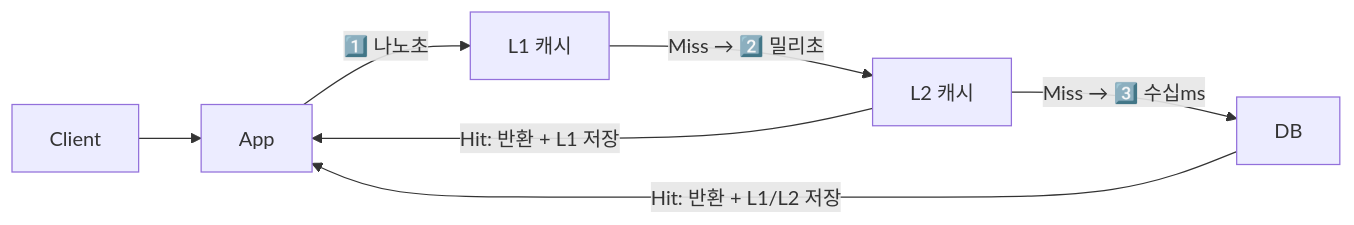
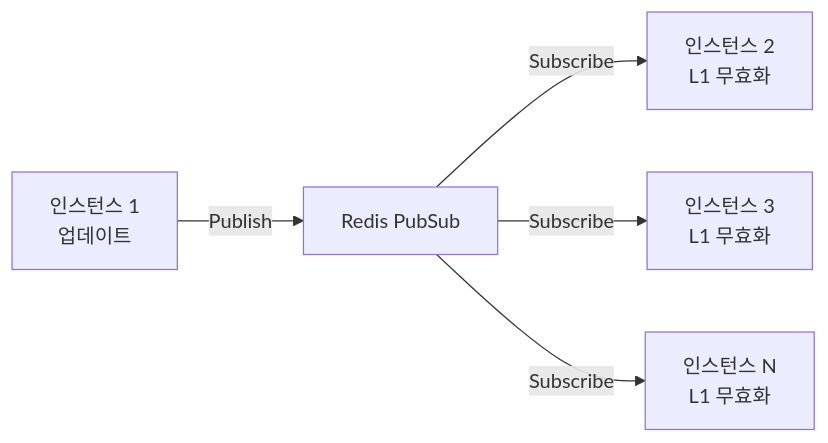
Before and after one commit to yjkim2015/yjkim2015.github.io: the sixth of 6 diagrams in _posts/caching/2026-05-01-caching-strategy.md, drawn with Mermaid. The commit also changed other lines of this file and 5 other files, not shown here.

````diff
--- a/_posts/caching/2026-05-01-caching-strategy.md
+++ b/_posts/caching/2026-05-01-caching-strategy.md
@@ -544,9 +1200,7 @@
 ```mermaid
 graph LR
-    Client --> App
-    App -->|"1️⃣ 나노초"| L1["L1 캐시"]
-    L1 -->|"Miss → 2️⃣ 밀리초"| L2["L2 캐시"]
-    L2 -->|"Miss → 3️⃣ 수십ms"| DB["DB"]
-    L2 -->|"Hit: 반환 + L1 저장"| App
-    DB -->|"Hit: 반환 + L1/L2 저장"| App
+    INS1["인스턴스 1\n업데이트"] -->|"Publish"| PUB["Redis PubSub"]
+    PUB -->|"Subscribe"| INS2["인스턴스 2\nL1 무효화"]
+    PUB -->|"Subscribe"| INS3["인스턴스 3\nL1 무효화"]
+    PUB -->|"Subscribe"| INS4["인스턴스 N\nL1 무효화"]
 ```
````
